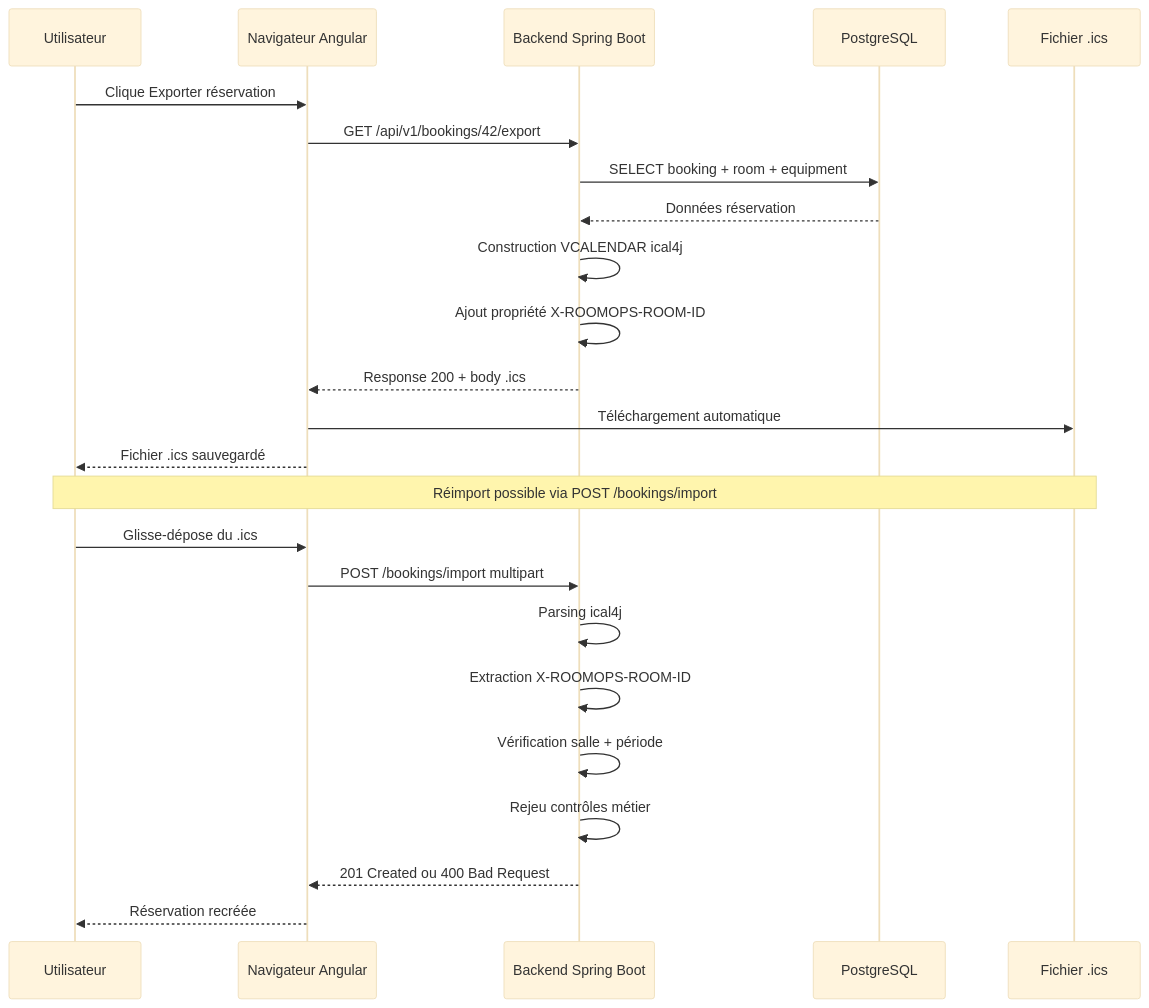
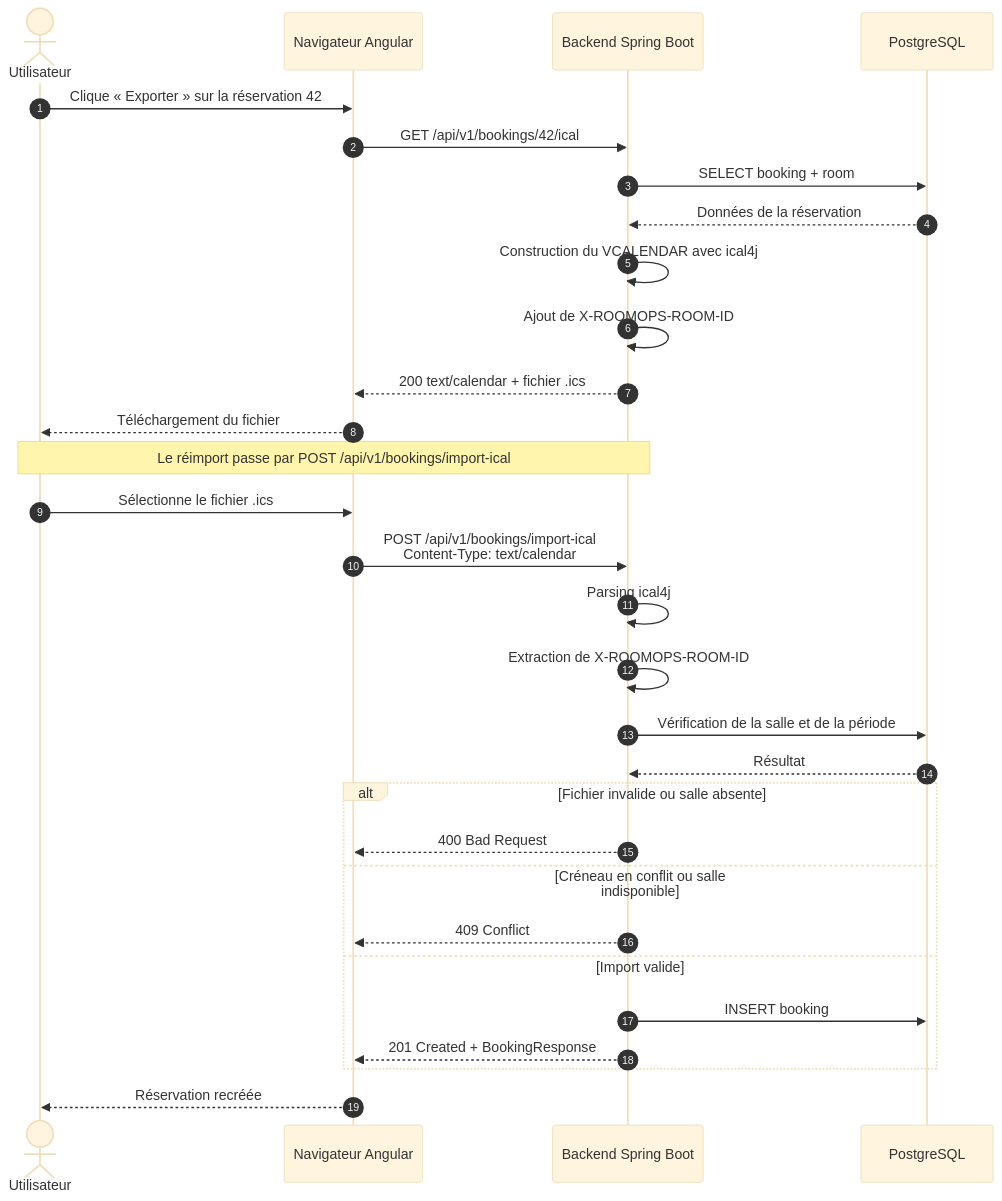
Before and after one commit to UBONGO2000/roomops: the diagram in docs/03-sequence-icalendar.md, drawn with Mermaid (base theme). The commit also changed other lines of this file, not shown here.

Commit message:
Enhance iCalendar export/import documentation
Updated the sequence diagram and comments for iCalendar export and import processes.

````diff
--- a/docs/03-sequence-icalendar.md
+++ b/docs/03-sequence-icalendar.md
@@ -2,29 +7,37 @@
 ```mermaid
 sequenceDiagram
-    participant U as Utilisateur
+    autonumber
+    actor U as Utilisateur
     participant F as Navigateur Angular
     participant B as Backend Spring Boot
     participant DB as PostgreSQL
-    participant FS as Fichier .ics
 
-    U->>F: Clique Exporter réservation #42
-    F->>B: GET /api/v1/bookings/42/export
-    B->>DB: SELECT booking + room + equipment
-    DB-->>B: Données réservation
-    B->>B: Construction VCALENDAR ical4j
-    B->>B: Ajout propriété X-ROOMOPS-ROOM-ID
-    B-->>F: Response 200 + body .ics
-    F->>FS: Téléchargement automatique
-    F-->>U: Fichier .ics sauvegardé
+    U->>F: Clique « Exporter » sur la réservation 42
+    F->>B: GET /api/v1/bookings/42/ical
+    B->>DB: SELECT booking + room
+    DB-->>B: Données de la réservation
+    B->>B: Construction du VCALENDAR avec ical4j
+    B->>B: Ajout de X-ROOMOPS-ROOM-ID
+    B-->>F: 200 text/calendar + fichier .ics
+    F-->>U: Téléchargement du fichier
 
-    Note over U,FS: Réimport possible via POST /bookings/import
+    Note over U,B: Le réimport passe par POST /api/v1/bookings/import-ical
 
-    U->>F: Glisse-dépose du .ics
-    F->>B: POST /bookings/import multipart
+    U->>F: Sélectionne le fichier .ics
+    F->>B: POST /api/v1/bookings/import-ical<br/>Content-Type: text/calendar
     B->>B: Parsing ical4j
-    B->>B: Extraction X-ROOMOPS-ROOM-ID
-    B->>B: Vérification salle + période
-    B->>B: Rejeu contrôles métier
-    B-->>F: 201 Created ou 400 Bad Request
+    B->>B: Extraction de X-ROOMOPS-ROOM-ID
+    B->>DB: Vérification de la salle et de la période
+    DB-->>B: Résultat
+
+    alt Fichier invalide ou salle absente
+        B-->>F: 400 Bad Request
+    else Créneau en conflit ou salle indisponible
+        B-->>F: 409 Conflict
+    else Import valide
+        B->>DB: INSERT booking
+        B-->>F: 201 Created + BookingResponse
+    end
+
     F-->>U: Réservation recréée
 ```
````
